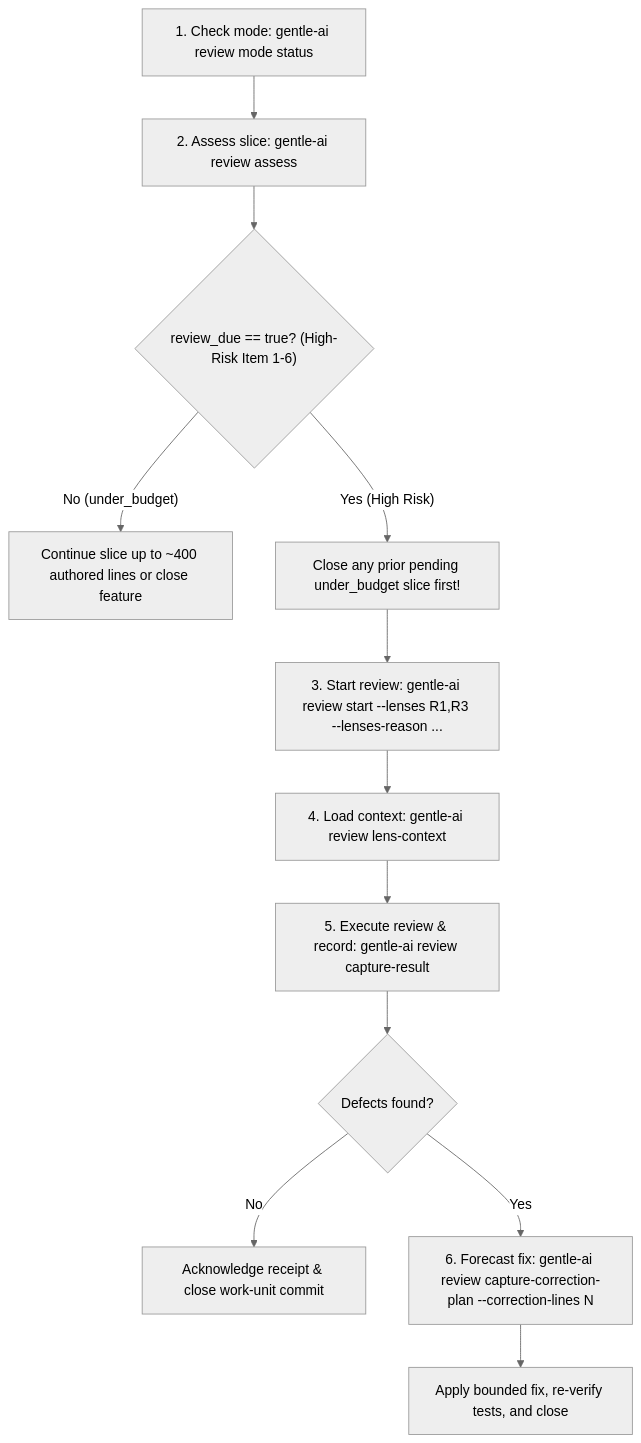
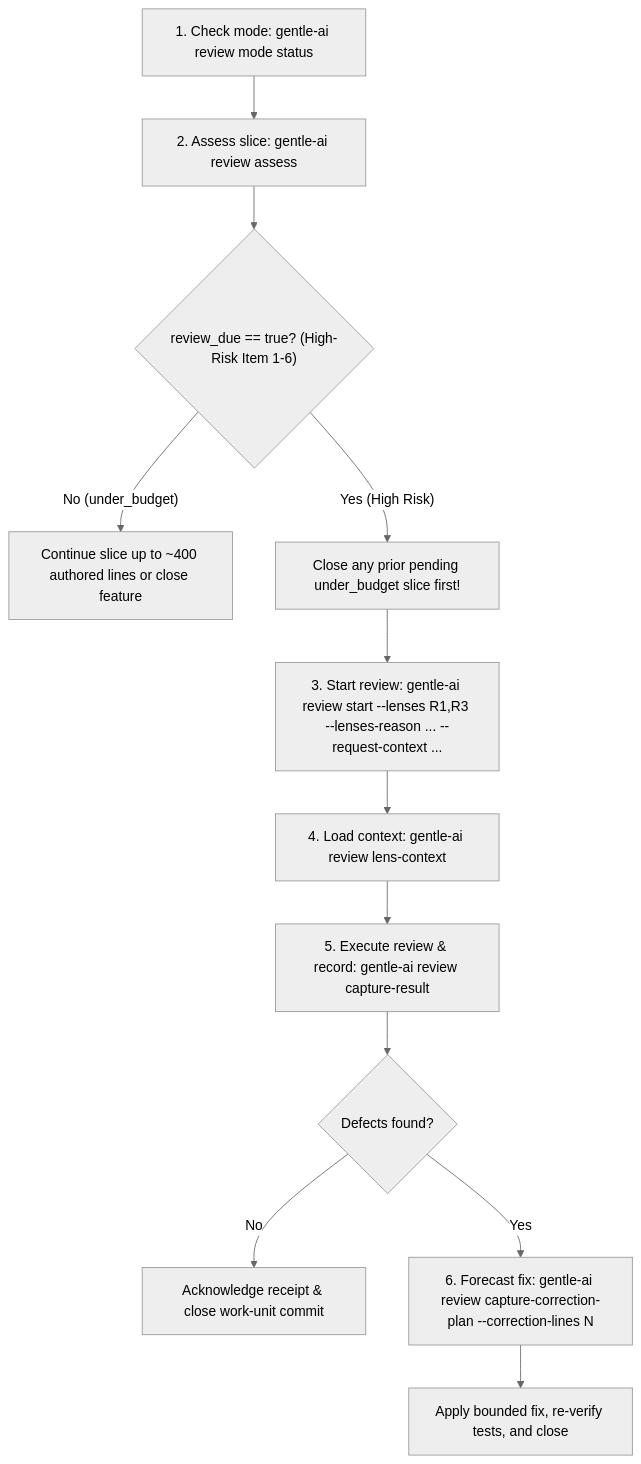
One commit to NastaFour/skillsGV changed the diagram in 02-dev-roles/gentle-ai-review-4r/SKILL.md. Above: the diagram before and after it, drawn with Mermaid (neutral theme). The commit also changed other lines of this file and 18 other files, not shown here.

Commit message:
feat(governance): upgrade ODD and review contract to Gentle-AI 4.3.1 (v1.5) with one-shot blueprinting

````diff
--- a/02-dev-roles/gentle-ai-review-4r/SKILL.md
+++ b/02-dev-roles/gentle-ai-review-4r/SKILL.md
@@ -45,14 +45,14 @@
 ```mermaid
 flowchart TD
   A["1. Check mode: gentle-ai review mode status"] --> B["2. Assess slice: gentle-ai review assess"]
   B --> C{"review_due == true? (High-Risk Item 1-6)"}
   C -- "No (under_budget)" --> D["Continue slice up to ~400 authored lines or close feature"]
   C -- "Yes (High Risk)" --> E["Close any prior pending under_budget slice first!"]
-  E --> F["3. Start review: gentle-ai review start --lenses R1,R3 --lenses-reason ..."]
+  E --> F["3. Start review: gentle-ai review start --lenses R1,R3 --lenses-reason ... --request-context ..."]
   F --> G["4. Load context: gentle-ai review lens-context"]
   G --> H["5. Execute review & record: gentle-ai review capture-result"]
   H --> I{"Defects found?"}
   I -- No --> J["Acknowledge receipt & close work-unit commit"]
   I -- Yes --> K["6. Forecast fix: gentle-ai review capture-correction-plan --correction-lines N"]
   K --> L["Apply bounded fix, re-verify tests, and close"]
 ```
````
